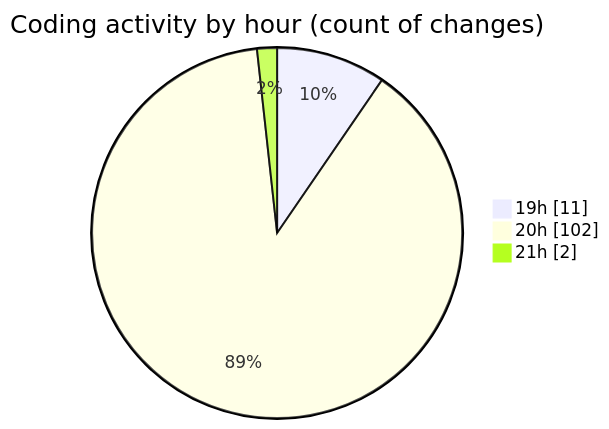
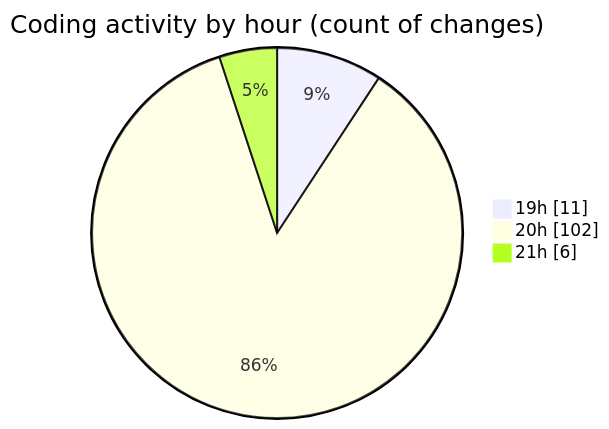
The second of 2 diagrams in 2025-04-03/back-end/README.md (Netris89/code-tracking), drawn with Mermaid before and after one commit. The commit also changed other lines of this file and 1 other file, not shown here.

````diff
--- a/2025-04-03/back-end/README.md
+++ b/2025-04-03/back-end/README.md
@@ -70,7 +70,7 @@
 ```mermaid
 pie showData
 title Coding activity by hour (count of changes)
 "19h" : 11
 "20h" : 102
-"21h" : 2
+"21h" : 6
 ```
````
